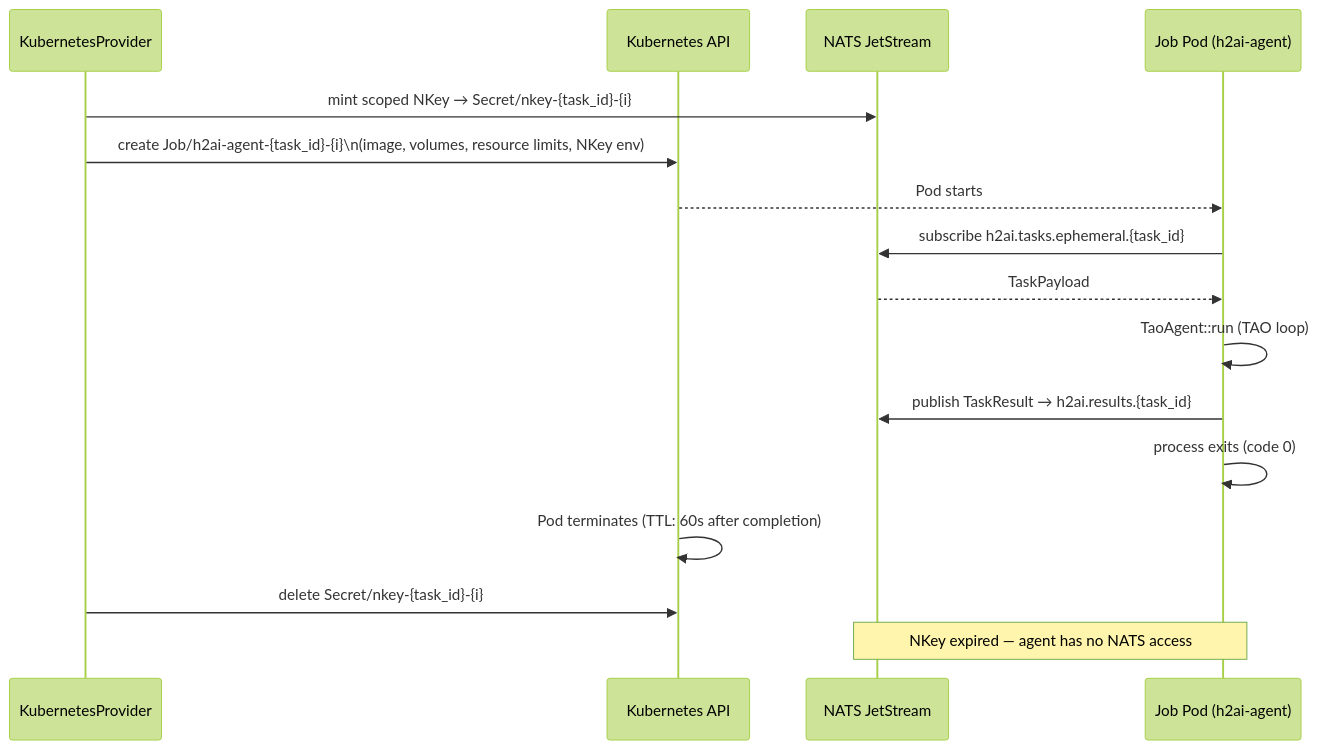
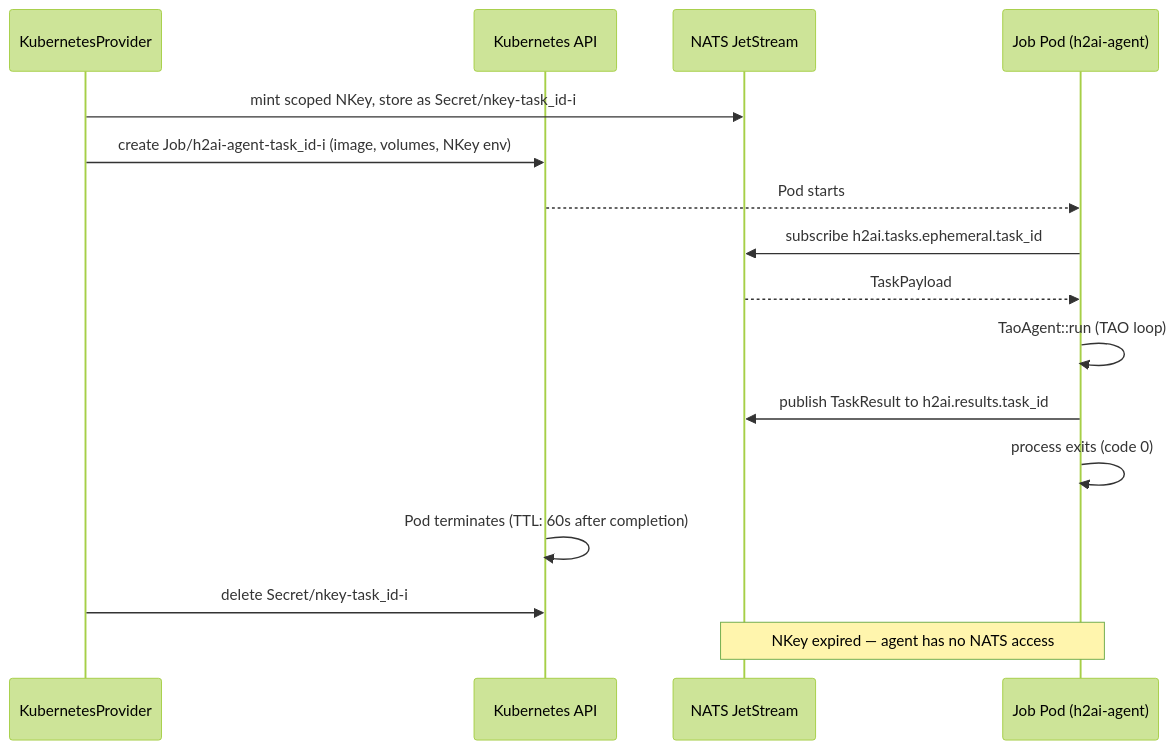
Diagram 12 of 16 in docs/architecture/architecture.md (immediatus/h2ai-control-plane), drawn with Mermaid (forest theme) before and after one commit. The commit also changed other lines of this file and 3 other files, not shown here.

````diff
--- a/docs/architecture/architecture.md
+++ b/docs/architecture/architecture.md
@@ -633,19 +634,19 @@
 ```mermaid
 sequenceDiagram
     participant Prov as KubernetesProvider
     participant K8s as Kubernetes API
     participant NATS as NATS JetStream
     participant Job as Job Pod (h2ai-agent)
 
-    Prov->>NATS: mint scoped NKey → Secret/nkey-{task_id}-{i}
-    Prov->>K8s: create Job/h2ai-agent-{task_id}-{i}\n(image, volumes, resource limits, NKey env)
+    Prov->>NATS: mint scoped NKey, store as Secret/nkey-task_id-i
+    Prov->>K8s: create Job/h2ai-agent-task_id-i (image, volumes, NKey env)
     K8s-->>Job: Pod starts
-    Job->>NATS: subscribe h2ai.tasks.ephemeral.{task_id}
+    Job->>NATS: subscribe h2ai.tasks.ephemeral.task_id
     NATS-->>Job: TaskPayload
     Job->>Job: TaoAgent::run (TAO loop)
-    Job->>NATS: publish TaskResult → h2ai.results.{task_id}
+    Job->>NATS: publish TaskResult to h2ai.results.task_id
     Job->>Job: process exits (code 0)
     K8s->>K8s: Pod terminates (TTL: 60s after completion)
-    Prov->>K8s: delete Secret/nkey-{task_id}-{i}
+    Prov->>K8s: delete Secret/nkey-task_id-i
     Note over Job,NATS: NKey expired — agent has no NATS access
 ```
````
